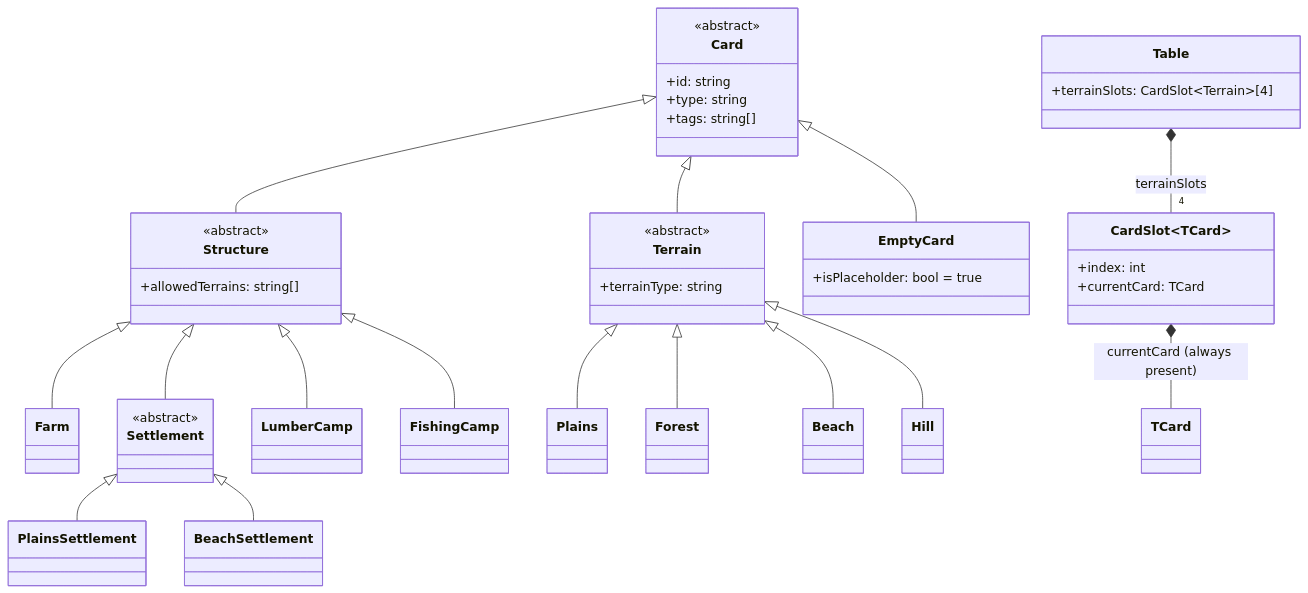
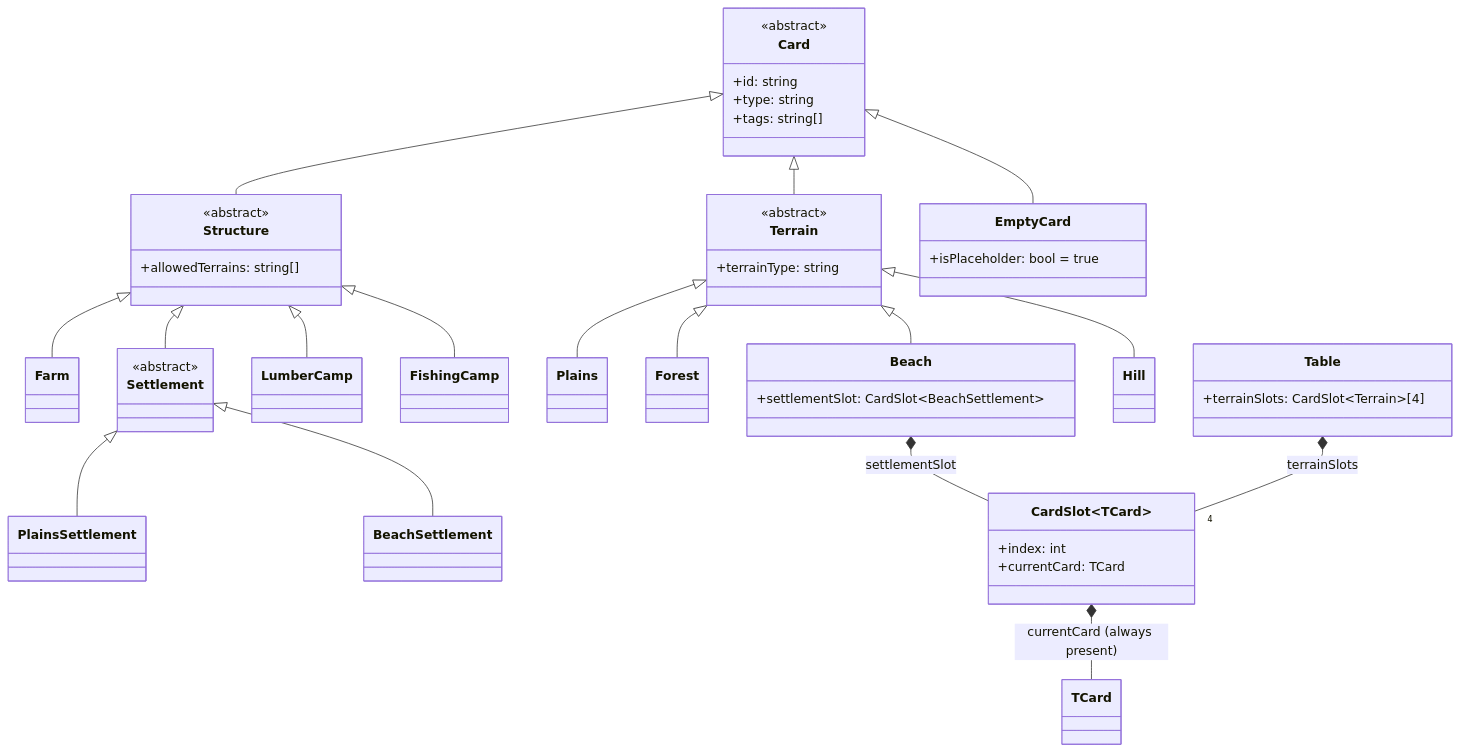
The first of 2 diagrams in StrategyGame/data-structure.md (AJosephsen/gfxer), drawn with Mermaid before and after one commit. The commit also changed other lines of this file, not shown here.

Commit message:
docs: model beach settlement slot in UML

````diff
--- a/StrategyGame/data-structure.md
+++ b/StrategyGame/data-structure.md
@@ -17,62 +17,65 @@
 ```mermaid
 classDiagram
     class Card {
         <<abstract>>
         +id: string
         +type: string
         +tags: string[]
     }
 
     class Terrain {
         <<abstract>>
         +terrainType: string
     }
 
     class Structure {
         <<abstract>>
         +allowedTerrains: string[]
     }
 
     class Farm
     class Settlement {
         <<abstract>>
     }
     class PlainsSettlement
     class BeachSettlement
     class LumberCamp
     class FishingCamp
 
     class Plains
     class Forest
-    class Beach
+    class Beach {
+        +settlementSlot: CardSlot~BeachSettlement~
+    }
     class Hill
 
     class EmptyCard {
         +isPlaceholder: bool = true
     }
 
     class CardSlot~TCard~ {
         +index: int
         +currentCard: TCard
     }
 
     class Table {
         +terrainSlots: CardSlot~Terrain~[4]
     }
 
     Card <|-- EmptyCard
     Card <|-- Terrain
     Card <|-- Structure
     Structure <|-- Farm
     Structure <|-- Settlement
     Settlement <|-- PlainsSettlement
     Settlement <|-- BeachSettlement
     Structure <|-- LumberCamp
     Structure <|-- FishingCamp
     Terrain <|-- Plains
     Terrain <|-- Forest
     Terrain <|-- Beach
     Terrain <|-- Hill
     CardSlot~TCard~ *-- TCard : currentCard (always present)
+    Beach *-- CardSlot~BeachSettlement~ : settlementSlot
     Table *-- "4" CardSlot~Terrain~ : terrainSlots
 ```
````
